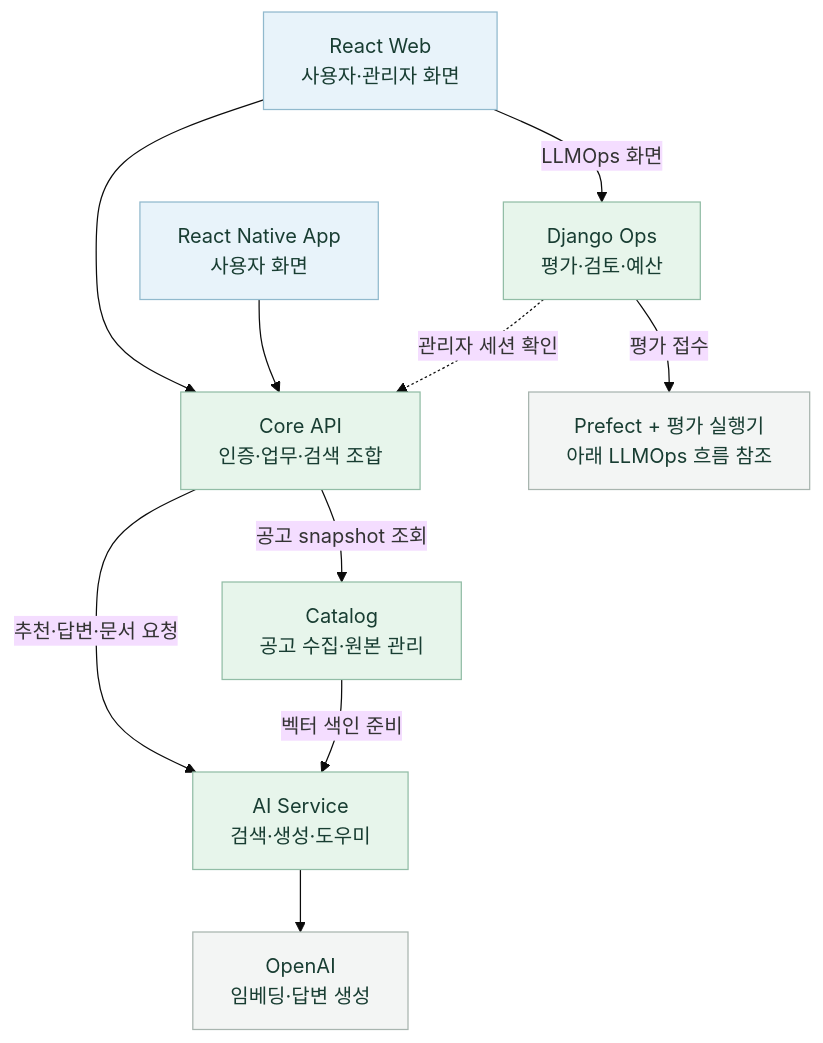
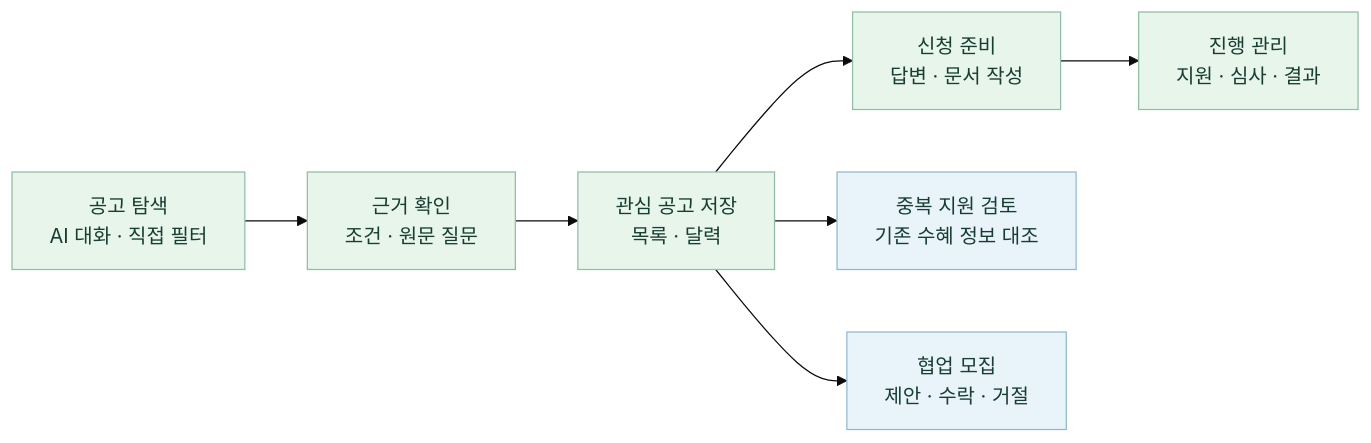
Before and after one commit to 20220348-kim/SKN34-4th-1Team: the first of 3 diagrams in README.md, drawn with Mermaid (base theme). The commit also changed other lines of this file and 5 other files, not shown here.

````diff
--- a/README.md
+++ b/README.md
@@ -52,18 +146,13 @@
 ```mermaid
-flowchart TB
-    Web["React Web<br/>사용자·관리자 화면"] --> Core["Core API<br/>인증·업무·검색 조합"]
-    Mobile["React Native App<br/>사용자 화면"] --> Core
-    Web -->|LLMOps 화면| Ops["Django Ops<br/>평가·검토·예산"]
-    Ops -.->|관리자 세션 확인| Core
-    Core -->|공고 snapshot 조회| Catalog["Catalog<br/>공고 수집·원본 관리"]
-    Core -->|추천·답변·문서 요청| AI["AI Service<br/>검색·생성·도우미"]
-    Catalog -->|벡터 색인 준비| AI
-    AI --> OpenAI["OpenAI<br/>임베딩·답변 생성"]
-    Ops -->|평가 접수| Evaluation["Prefect + 평가 실행기<br/>아래 LLMOps 흐름 참조"]
-    classDef client fill:#e8f3fa,stroke:#91b9cd,color:#183d32
-    classDef service fill:#e7f5eb,stroke:#92bda6,color:#183d32
-    classDef external fill:#f3f5f4,stroke:#a8b5af,color:#183d32
-    class Web,Mobile client
-    class Core,Catalog,AI,Ops service
-    class OpenAI,Evaluation external
+flowchart LR
+    Search["공고 탐색<br/>AI 대화 · 직접 필터"] --> Evidence["근거 확인<br/>조건 · 원문 질문"]
+    Evidence --> Save["관심 공고 저장<br/>목록 · 달력"]
+    Save --> Document["신청 준비<br/>답변 · 문서 작성"]
+    Document --> Progress["진행 관리<br/>지원 · 심사 · 결과"]
+    Save --> Review["중복 지원 검토<br/>기존 수혜 정보 대조"]
+    Save --> Partner["협업 모집<br/>제안 · 수락 · 거절"]
+    classDef step fill:#e7f5eb,stroke:#92bda6,color:#183d32
+    classDef related fill:#e8f3fa,stroke:#91b9cd,color:#183d32
+    class Search,Evidence,Save,Document,Progress step
+    class Review,Partner related
 ```
````
